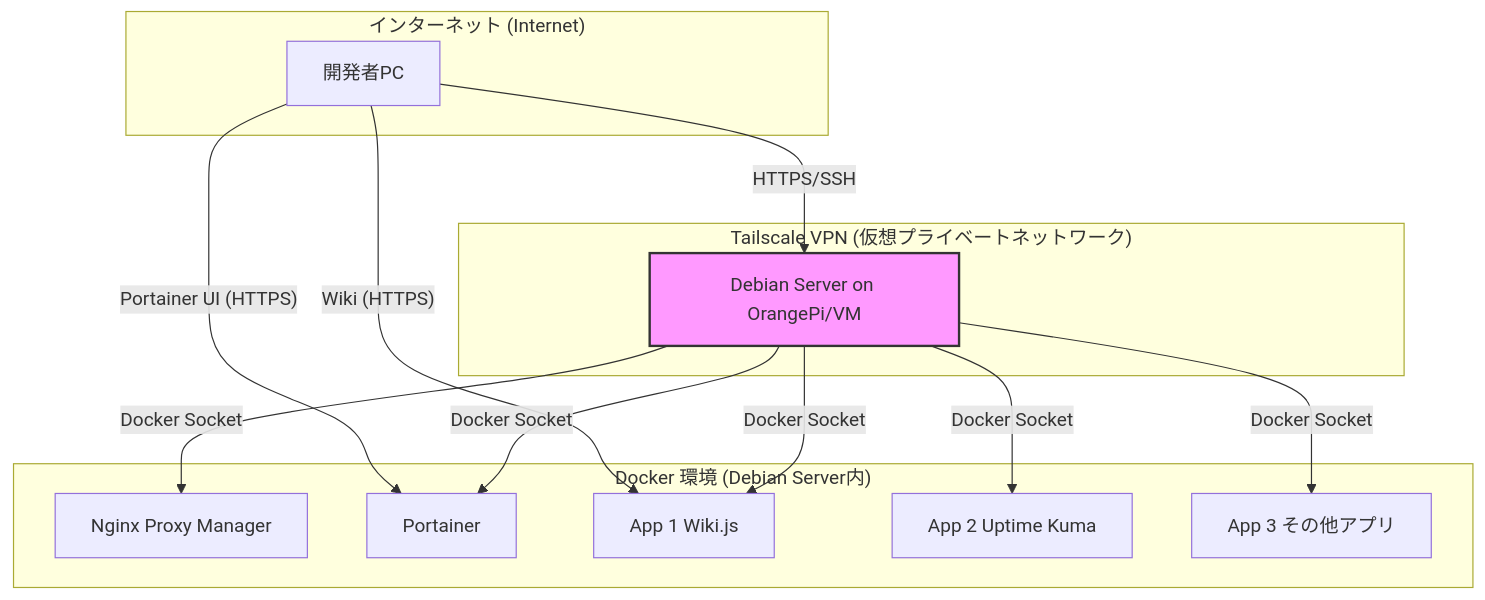
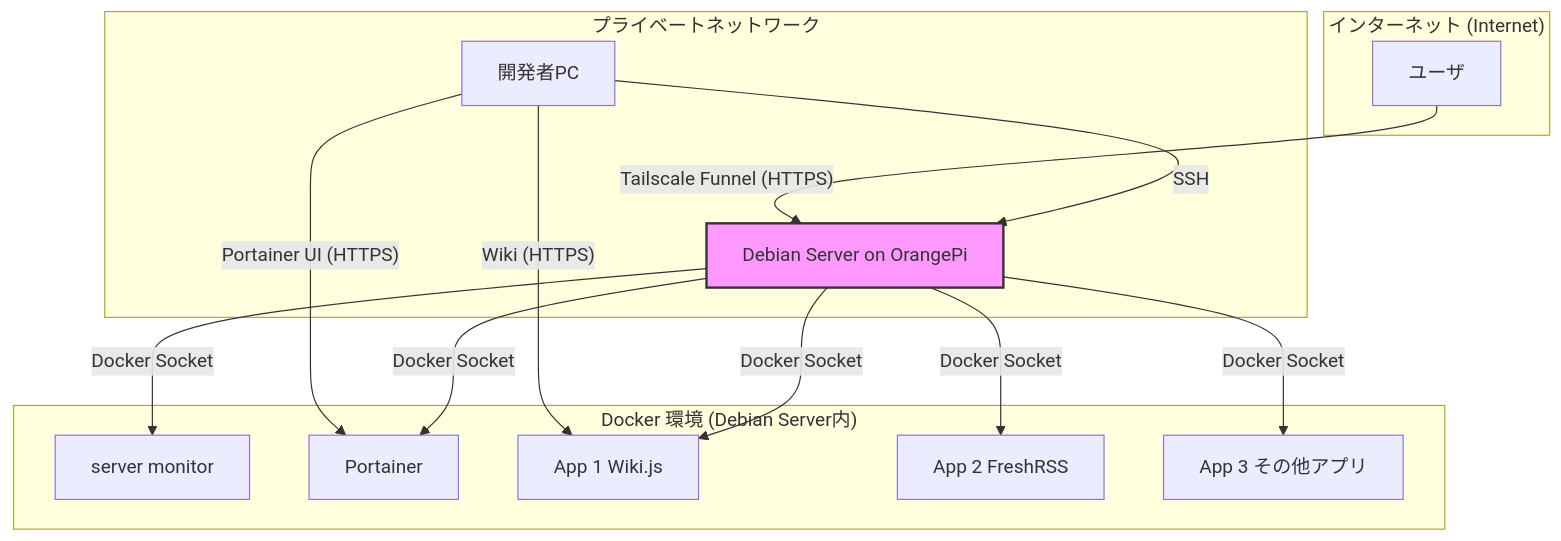
One commit to qack-dev/homelab changed the first of 2 diagrams in README.md. Above: the diagram before and after it, drawn with Mermaid. The commit also changed other lines of this file, not shown here.

Commit message:
少しずつ修正

````diff
--- a/README.md
+++ b/README.md
@@ -9,25 +9,27 @@
 ```mermaid
 graph TD
     subgraph "インターネット (Internet)"
+        J[ユーザ]
+    end
+    subgraph "プライベートネットワーク"
         A[開発者PC]
-    end
-    subgraph "Tailscale VPN (仮想プライベートネットワーク)"
-        B[Debian Server on OrangePi/VM]
+        B[Debian Server on OrangePi]
     end
     subgraph "Docker 環境 (Debian Server内)"
-        C[Nginx Proxy Manager]
+        C[server monitor]
         D[Portainer]
         E[App 1 Wiki.js]
-        F[App 2 Uptime Kuma]
+        F[App 2 FreshRSS]
         G[App 3 その他アプリ]
     end
-    A -- HTTPS/SSH --> B
+    A -- SSH --> B
     B -- Docker Socket --> C
     B -- Docker Socket --> D
     B -- Docker Socket --> E
     B -- Docker Socket --> F
     B -- Docker Socket --> G
     A -- Portainer UI (HTTPS) --> D
     A -- Wiki (HTTPS) --> E
+    J -- Tailscale Funnel (HTTPS) --> B
     style B fill:#f9f,stroke:#333,stroke-width:2px
 ```
````
